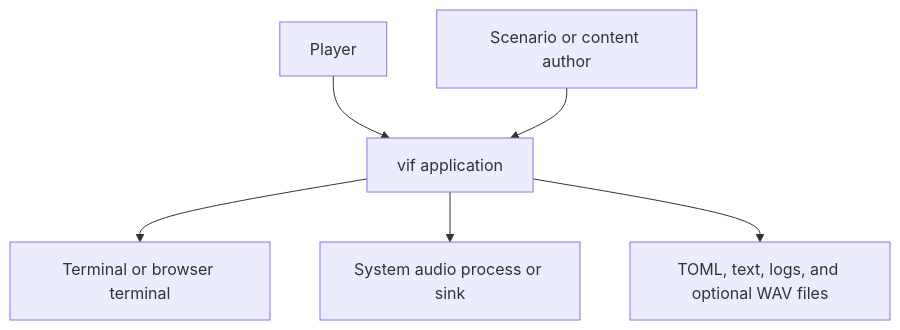
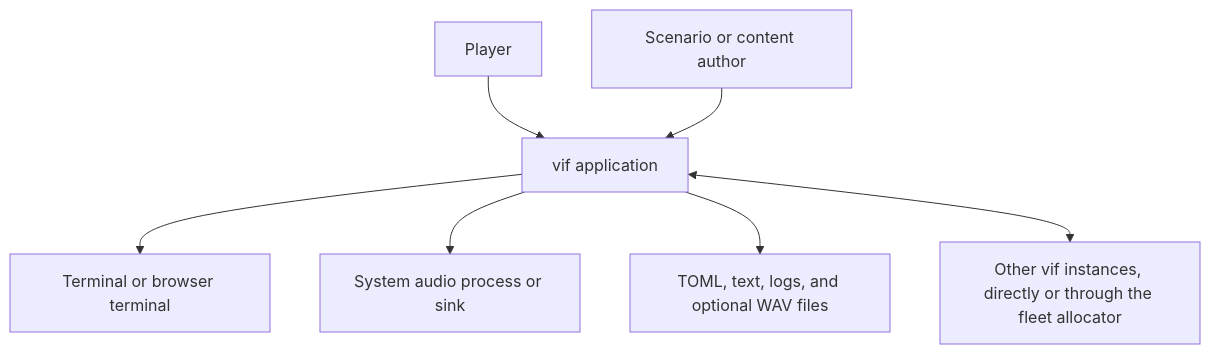
One commit to lixenwraith/vif changed the first of 3 diagrams in doc/architecture.md. Above: the diagram before and after it, drawn with Mermaid. The commit also changed other lines of this file and 3 other files, not shown here.

````diff
--- a/doc/architecture.md
+++ b/doc/architecture.md
@@ -19,8 +17,9 @@
 ```mermaid
 flowchart TD
     Player["Player"] --> App["vif application"]
     Author["Scenario or content author"] --> App
     App --> Terminal["Terminal or browser terminal"]
     App --> Audio["System audio process or sink"]
     App --> Files["TOML, text, logs, and optional WAV files"]
+    App <--> Peers["Other vif instances, directly or through the fleet allocator"]
 ```
````
